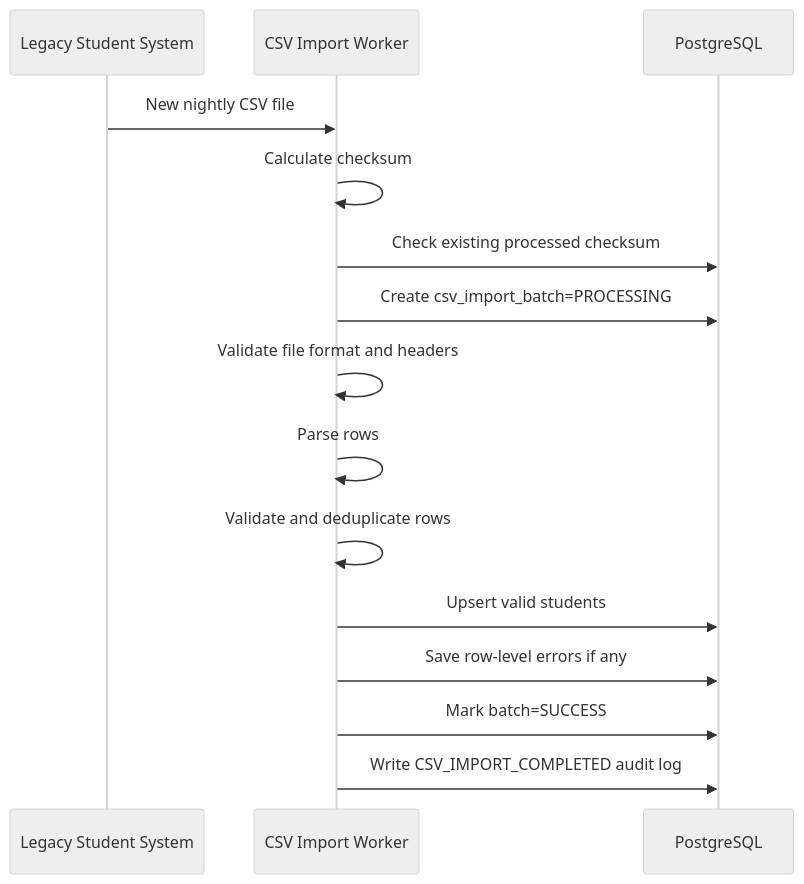
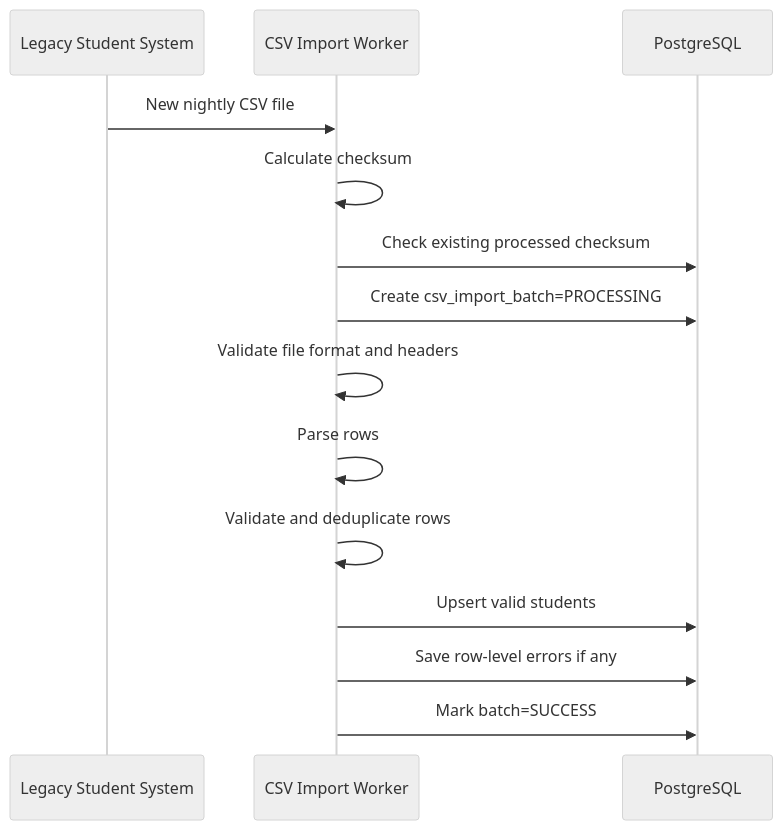
One commit to NguyenThanhTien539/unihub-workshop-system changed the first of 4 diagrams in blueprint/specs/csv-import.md. Above: the diagram before and after it, drawn with Mermaid (neutral theme). The commit also changed other lines of this file and 8 other files, not shown here.

````diff
--- a/blueprint/specs/csv-import.md
+++ b/blueprint/specs/csv-import.md
@@ -58,18 +55,17 @@
 ```mermaid
 sequenceDiagram
     participant Legacy as Legacy Student System
     participant W as CSV Import Worker
     participant DB as PostgreSQL
 
     Legacy->>W: New nightly CSV file
     W->>W: Calculate checksum
     W->>DB: Check existing processed checksum
     W->>DB: Create csv_import_batch=PROCESSING
     W->>W: Validate file format and headers
     W->>W: Parse rows
     W->>W: Validate and deduplicate rows
     W->>DB: Upsert valid students
     W->>DB: Save row-level errors if any
     W->>DB: Mark batch=SUCCESS
-    W->>DB: Write CSV_IMPORT_COMPLETED audit log
 ```
````
